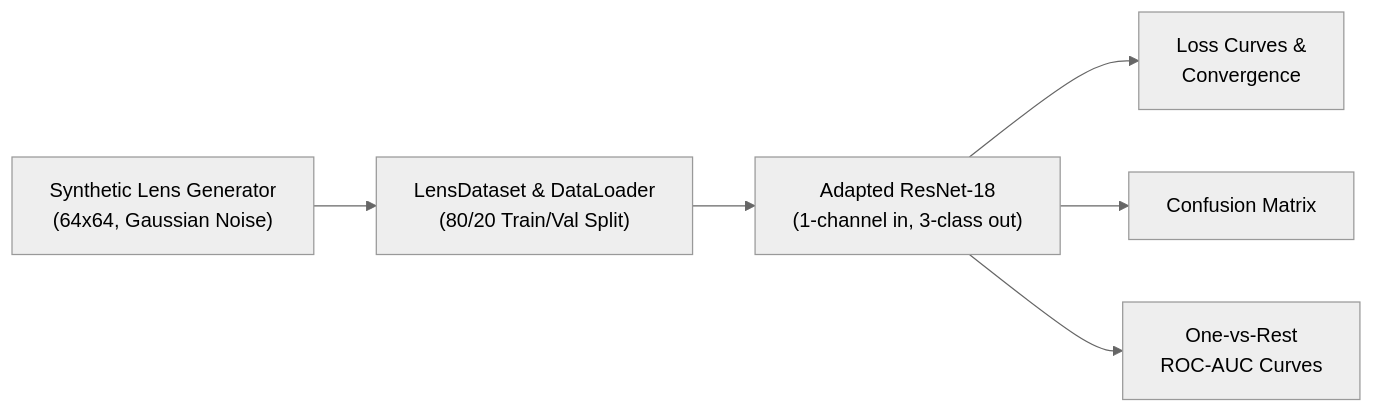
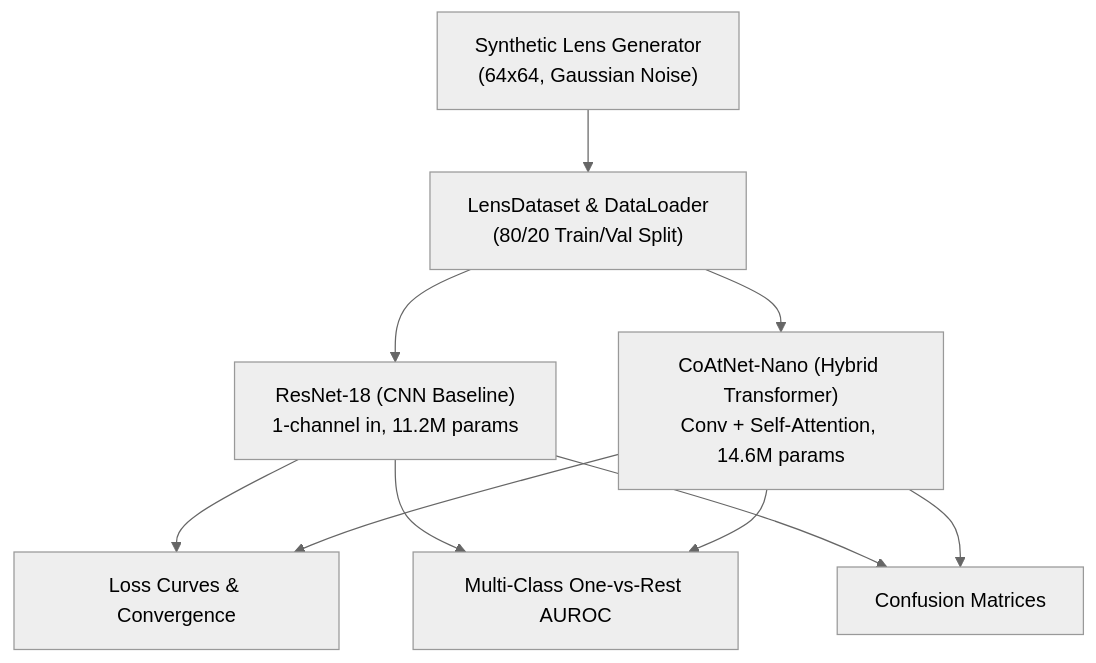
One commit to aryanpatil-07/DeepLense-DeepLearning changed the diagram in README.md. Above: the diagram before and after it, drawn with Mermaid (neutral theme). The commit also changed other lines of this file and 4 other files, not shown here.

Commit message:
feat: add Vision Transformer (CoAtNet-Nano) benchmark, comparative metrics, and evaluation plots

````diff
--- a/README.md
+++ b/README.md
@@ -28,8 +29,12 @@
 ```mermaid
-flowchart LR
+flowchart TD
     A["Synthetic Lens Generator<br>(64x64, Gaussian Noise)"] --> B["LensDataset & DataLoader<br>(80/20 Train/Val Split)"]
-    B --> C["Adapted ResNet-18<br>(1-channel in, 3-class out)"]
-    C --> D["Loss Curves &<br>Convergence"]
-    C --> E["Confusion Matrix"]
-    C --> F["One-vs-Rest<br>ROC-AUC Curves"]
+    B --> C1["ResNet-18 (CNN Baseline)<br>1-channel in, 11.2M params"]
+    B --> C2["CoAtNet-Nano (Hybrid Transformer)<br>Conv + Self-Attention, 14.6M params"]
+    C1 --> D["Loss Curves & Convergence"]
+    C2 --> D
+    C1 --> E["Multi-Class One-vs-Rest AUROC"]
+    C2 --> E
+    C1 --> F["Confusion Matrices"]
+    C2 --> F
 ```
````
